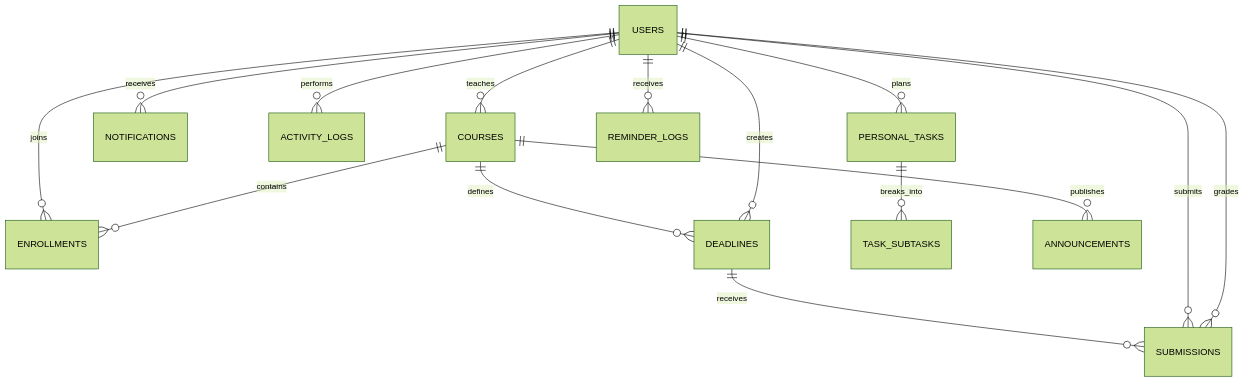
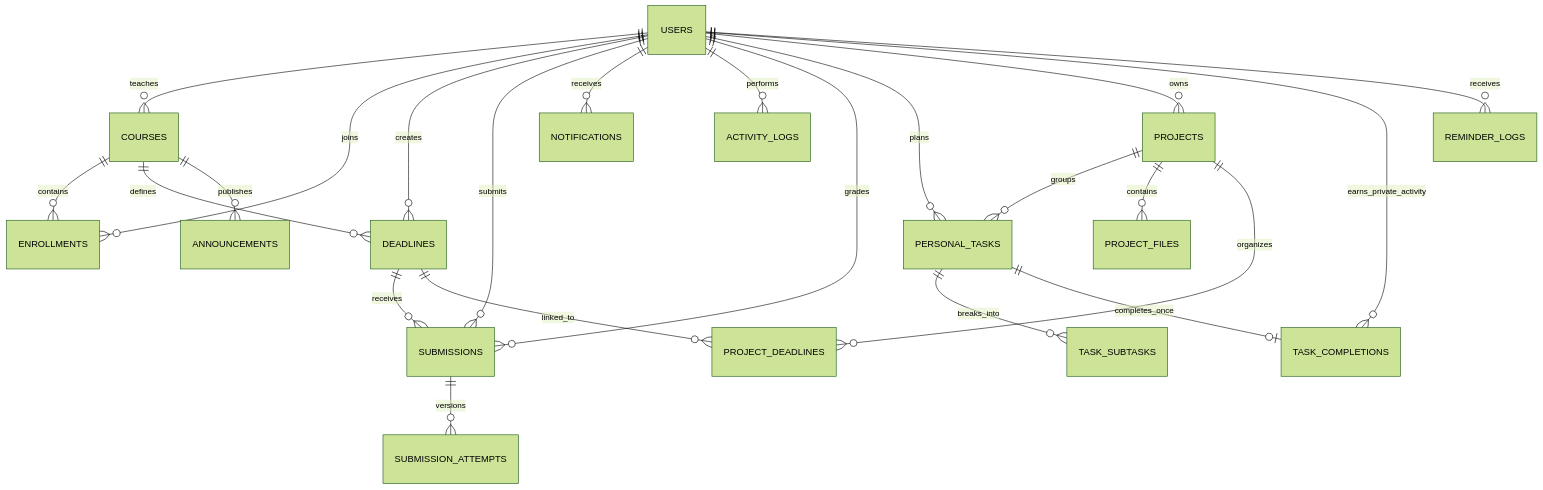
Before and after one commit to YuvrajChaudhary7/DeadlineOS: the diagram in docs/er-diagram.md, drawn with Mermaid (forest theme). The commit also changed other lines of this file and 48 other files, not shown here.

````diff
--- a/docs/er-diagram.md
+++ b/docs/er-diagram.md
@@ -3,17 +3,25 @@
 ```mermaid
 erDiagram
  USERS ||--o{ COURSES : teaches
  USERS ||--o{ ENROLLMENTS : joins
  COURSES ||--o{ ENROLLMENTS : contains
  COURSES ||--o{ DEADLINES : defines
  USERS ||--o{ DEADLINES : creates
  DEADLINES ||--o{ SUBMISSIONS : receives
  USERS ||--o{ SUBMISSIONS : submits
  USERS ||--o{ NOTIFICATIONS : receives
  USERS ||--o{ ACTIVITY_LOGS : performs
  USERS ||--o{ SUBMISSIONS : grades
  USERS ||--o{ PERSONAL_TASKS : plans
  PERSONAL_TASKS ||--o{ TASK_SUBTASKS : breaks_into
+ USERS ||--o{ PROJECTS : owns
+ PROJECTS ||--o{ PERSONAL_TASKS : groups
+ PROJECTS ||--o{ PROJECT_FILES : contains
+ PROJECTS ||--o{ PROJECT_DEADLINES : organizes
+ DEADLINES ||--o{ PROJECT_DEADLINES : linked_to
+ SUBMISSIONS ||--o{ SUBMISSION_ATTEMPTS : versions
+ USERS ||--o{ TASK_COMPLETIONS : earns_private_activity
+ PERSONAL_TASKS ||--o| TASK_COMPLETIONS : completes_once
  COURSES ||--o{ ANNOUNCEMENTS : publishes
  USERS ||--o{ REMINDER_LOGS : receives
 ```
````
